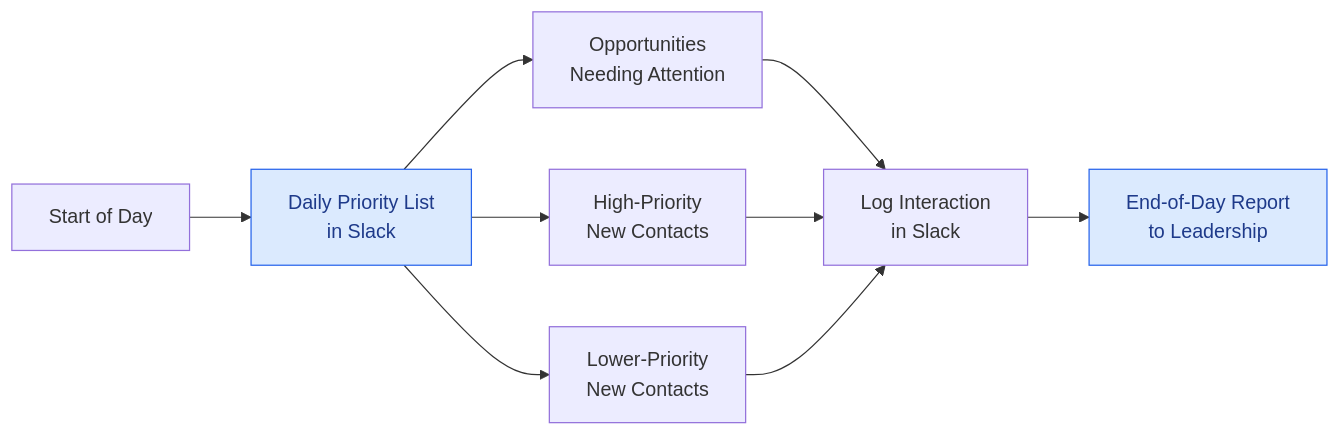
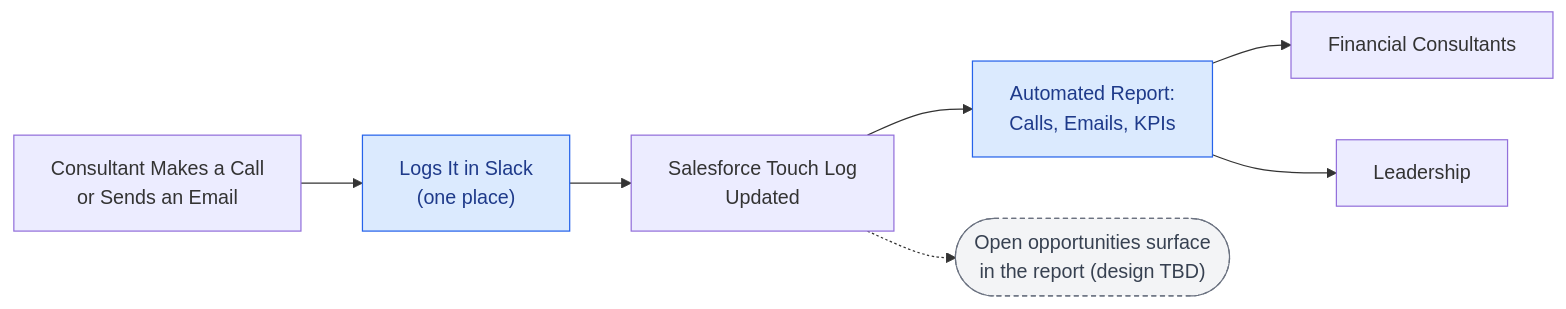
Before and after one commit to jsaponara42/ai-assistant-doc-storage: the fourth of 8 diagrams in business/projects/client-projects/26061201_capital-financing/client-facing-deliverables/20260910_capital-financing-opportunity-map-final.md, drawn with Mermaid. The commit also changed other lines of this file, not shown here.

````diff
--- a/business/projects/client-projects/26061201_capital-financing/client-facing-deliverables/20260910_capital-financing-opportunity-map-final.md
+++ b/business/projects/client-projects/26061201_capital-financing/client-facing-deliverables/20260910_capital-financing-opportunity-map-final.md
@@ -182,14 +191,14 @@
 ```mermaid
 flowchart LR
     classDef nearterm fill:#dbeafe,stroke:#2563eb,color:#1e3a8a
-    A[Start of Day] --> B["Daily Priority List\nin Slack"]
-    B --> C["Opportunities\nNeeding Attention"]
-    B --> D["High-Priority\nNew Contacts"]
-    B --> E["Lower-Priority\nNew Contacts"]
-    C --> F["Log Interaction\nin Slack"]
-    D --> F
-    E --> F
-    F --> G["End-of-Day Report\nto Leadership"]
+    classDef decision fill:#f3f4f6,stroke:#6b7280,color:#374151,stroke-dasharray: 4 3
+    A["Consultant Makes a Call\nor Sends an Email"] --> B["Logs It in Slack\n(one place)"]
+    B --> C["Salesforce Touch Log\nUpdated"]
+    C --> D["Automated Report:\nCalls, Emails, KPIs"]
+    D --> E[Financial Consultants]
+    D --> F[Leadership]
+    C -.-> G(["Open opportunities surface\nin the report (design TBD)"])
     class B nearterm
-    class G nearterm
+    class D nearterm
+    class G decision
 ```
````
